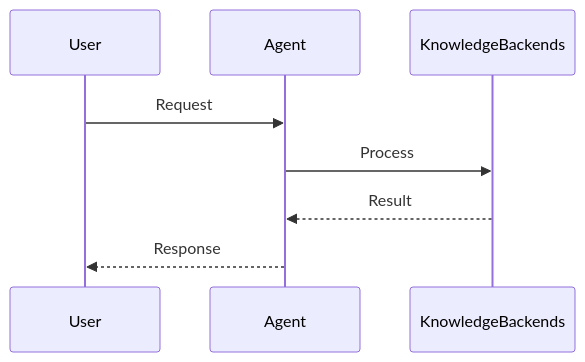
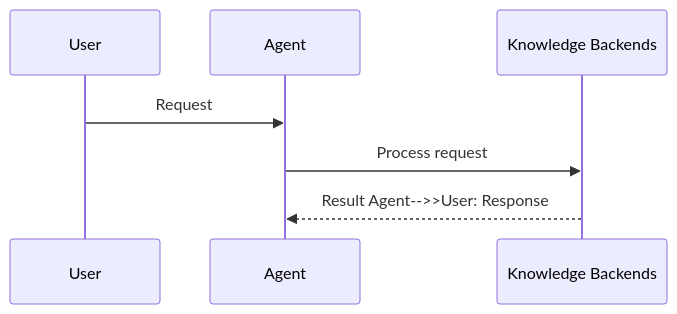
The second of 3 diagrams in docs/features/knowledge-backends.mdx (MervinPraison/PraisonAIDocs), drawn with Mermaid before and after one commit. The commit also changed 204 other files, not shown here.

First line of the commit message:
docs: align feature/tool pages with AGENTS.md hero + sequence + import standards (fixes #1775)

````diff
--- a/docs/features/knowledge-backends.mdx
+++ b/docs/features/knowledge-backends.mdx
@@ -45,11 +45,10 @@
 ```mermaid
 sequenceDiagram
     participant User
     participant Agent
-    participant KnowledgeBackends
+    participant Feature as Knowledge Backends
 
     User->>Agent: Request
-    Agent->>KnowledgeBackends: Process
-    KnowledgeBackends-->>Agent: Result
-    Agent-->>User: Response
+    Agent->>Feature: Process request
+    Feature-->>Agent: Result    Agent-->>User: Response
 ```
````
